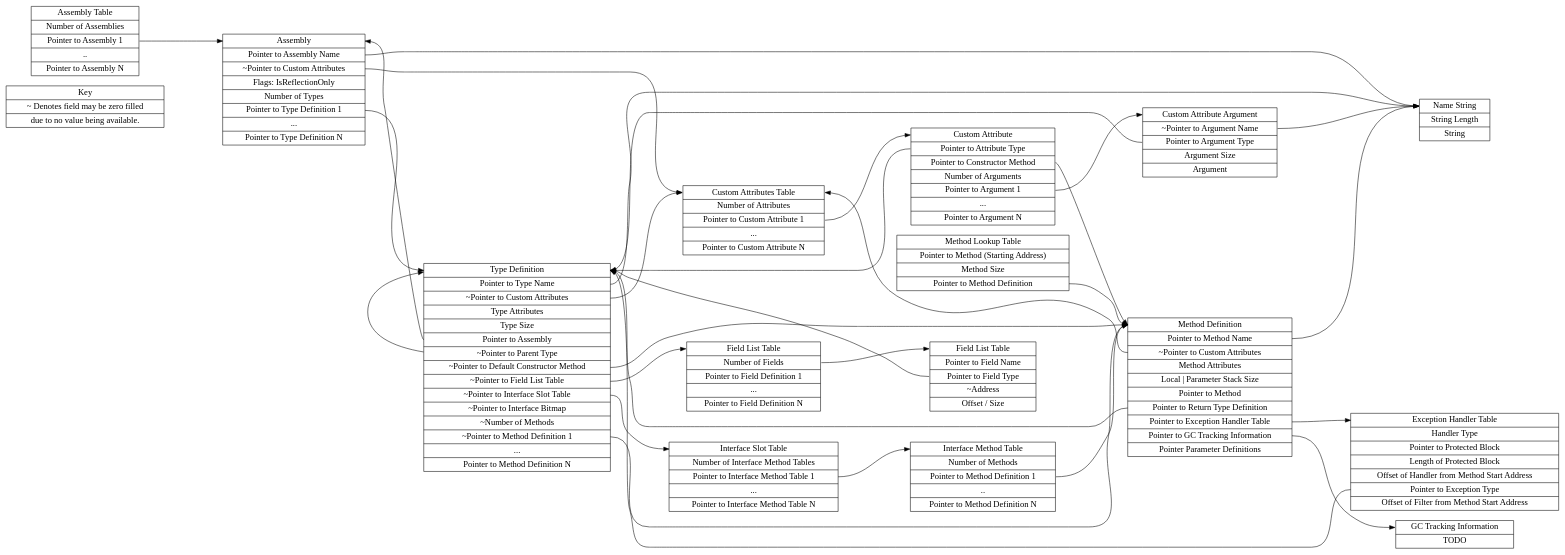
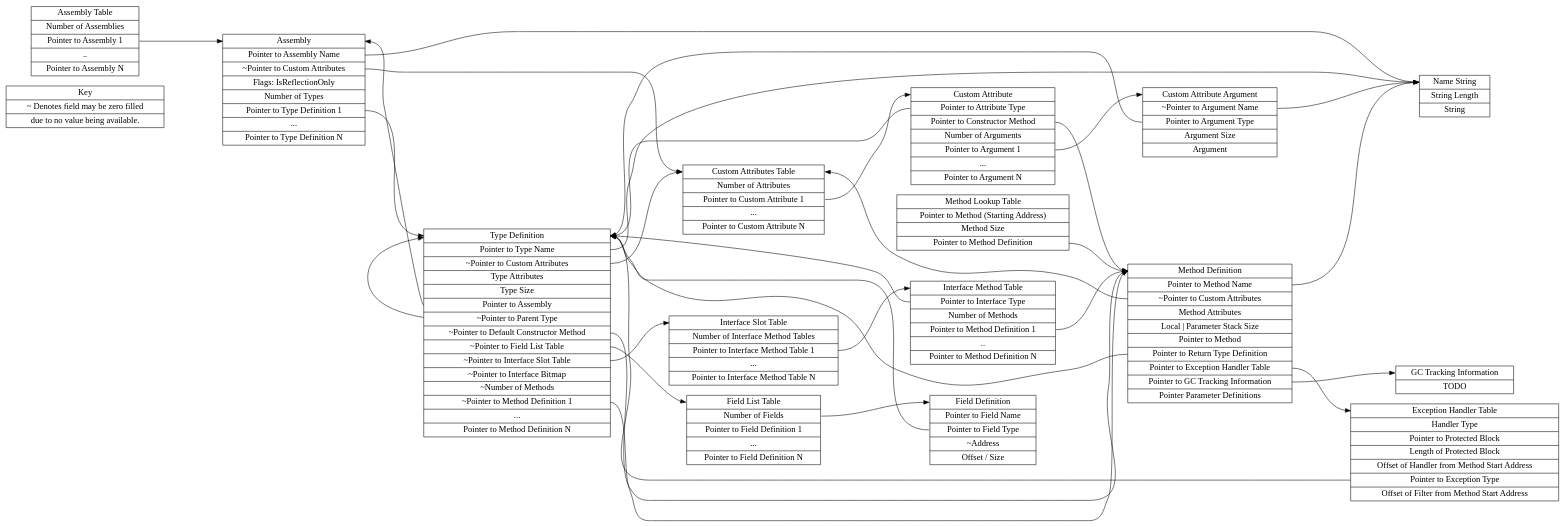
The diagram in Docs/MOSA-Runtime-Tables.gv (mosa/MOSA-Project), drawn with Graphviz before and after one commit. The commit also changed 9 other files, not shown here.

```diff
--- a/Docs/MOSA-Runtime-Tables.gv
+++ b/Docs/MOSA-Runtime-Tables.gv
@@ -41,7 +41,7 @@
 ];
 
 "FieldDefinition" [
-label = "<f0>Field List Table|<f1>Pointer to Field Name|<f2>Pointer to Field Type|<f3>~Address|<f4>Offset / Size"
+label = "<f0>Field Definition|<f1>Pointer to Field Name|<f2>Pointer to Field Type|<f3>~Address|<f4>Offset / Size"
 shape = "record"
 ];
 
@@ -61,7 +61,7 @@
 ];
 
 "InterfaceMethodTable" [
-label = "<f0>Interface Method Table|<f1>Number of Methods|<f2>Pointer to Method Definition 1|..|Pointer to Method Definition N"
+label = "<f0>Interface Method Table|<f1>Pointer to Interface Type|<f2>Number of Methods|<f3>Pointer to Method Definition 1|..|Pointer to Method Definition N"
 shape = "record"
 ];
 
@@ -166,7 +166,11 @@
 id = 0
 ];
 
-"InterfaceMethodTable":f2 -> "MethodDefinition":f0 [
+"InterfaceMethodTable":f1 -> "TypeDefinition":f0 [
+id = 0
+];
+
+"InterfaceMethodTable":f3 -> "MethodDefinition":f0 [
 id = 0
 ];
 
```
